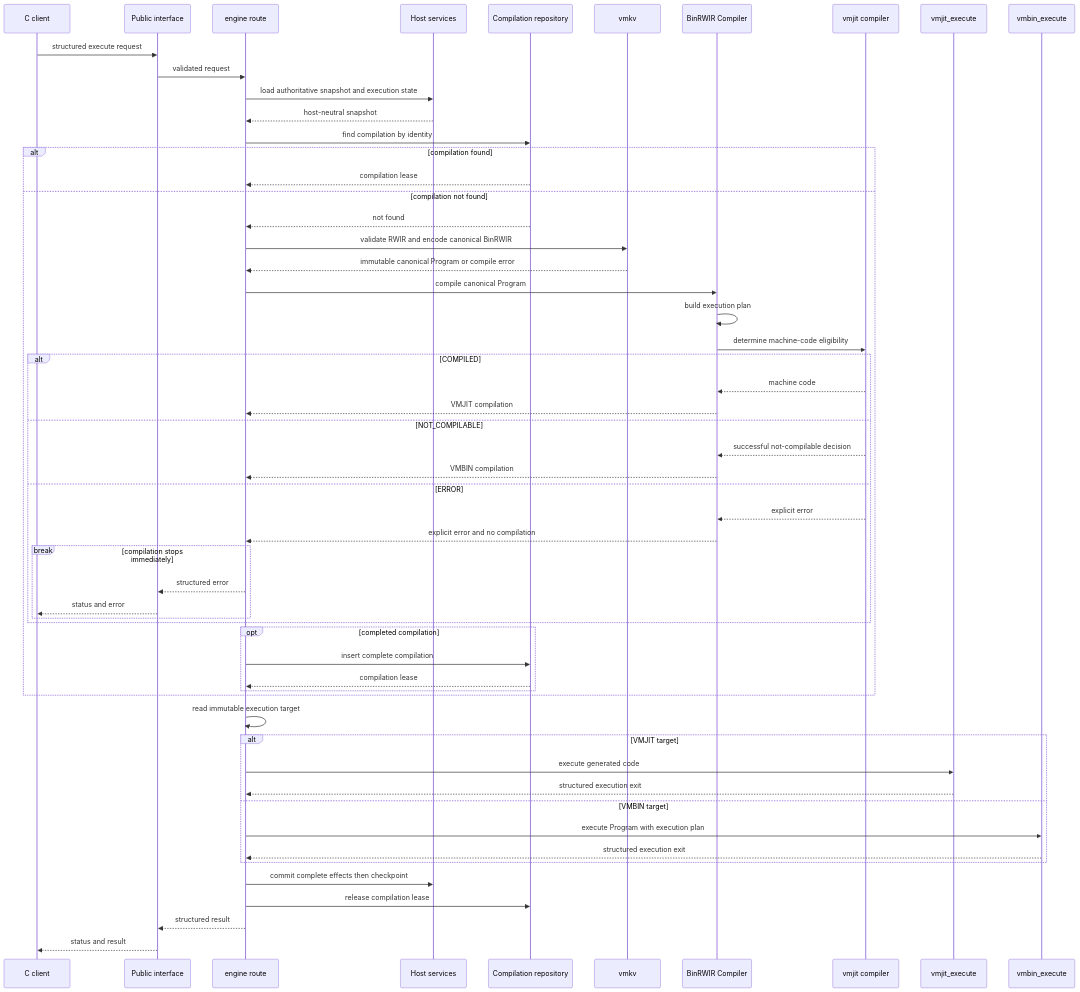
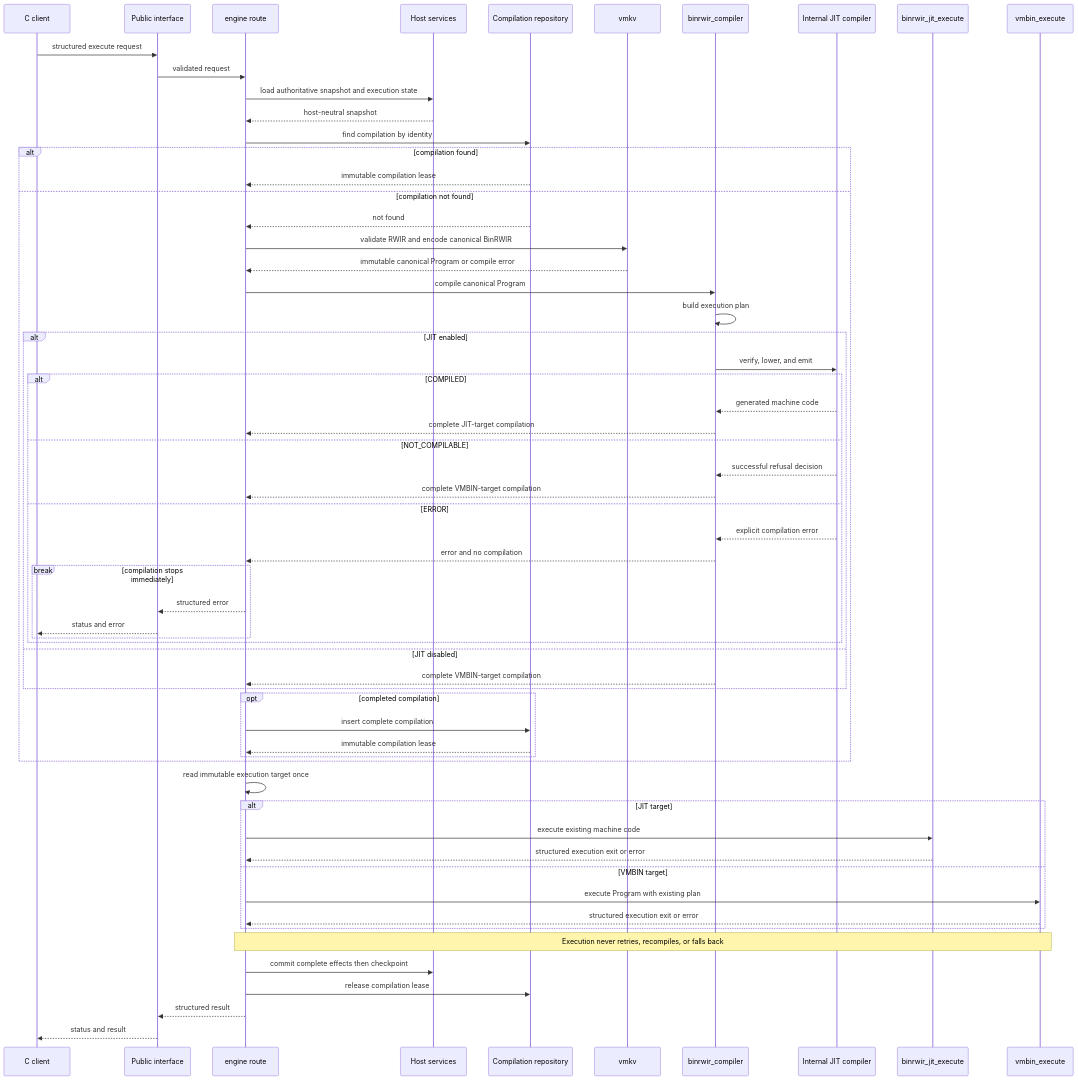
The diagram in runtimec/documentation/architecture/runtimec-execution.mmd (array2d/kvlang), drawn with Mermaid before and after one commit. The commit also changed 84 other files, not shown here.

Commit message:
refactor(runtimec): make JIT internal to BinRWIR compiler

```diff
--- a/runtimec/documentation/architecture/runtimec-execution.mmd
+++ b/runtimec/documentation/architecture/runtimec-execution.mmd
@@ -1,57 +1,62 @@
 sequenceDiagram
   participant Client as C client
   participant Interface as Public interface
   participant Route as engine route
   participant Host as Host services
   participant Repository as Compilation repository
   participant Vmkv as vmkv
-  participant Compiler as BinRWIR Compiler
-  participant VmjitCompiler as vmjit compiler
-  participant VmjitExecute as vmjit_execute
+  participant Compiler as binrwir_compiler
+  participant JitCompiler as Internal JIT compiler
+  participant JitExecute as binrwir_jit_execute
   participant VmbinExecute as vmbin_execute
 
   Client->>Interface: structured execute request
   Interface->>Route: validated request
   Route->>Host: load authoritative snapshot and execution state
   Host-->>Route: host-neutral snapshot
   Route->>Repository: find compilation by identity
   alt compilation found
-    Repository-->>Route: compilation lease
+    Repository-->>Route: immutable compilation lease
   else compilation not found
     Repository-->>Route: not found
     Route->>Vmkv: validate RWIR and encode canonical BinRWIR
     Vmkv-->>Route: immutable canonical Program or compile error
     Route->>Compiler: compile canonical Program
     Compiler->>Compiler: build execution plan
-    Compiler->>VmjitCompiler: determine machine-code eligibility
-    alt COMPILED
-      VmjitCompiler-->>Compiler: machine code
-      Compiler-->>Route: VMJIT compilation
-    else NOT_COMPILABLE
-      VmjitCompiler-->>Compiler: successful not-compilable decision
-      Compiler-->>Route: VMBIN compilation
-    else ERROR
-      VmjitCompiler-->>Compiler: explicit error
-      Compiler-->>Route: explicit error and no compilation
-      break compilation stops immediately
-        Route-->>Interface: structured error
-        Interface-->>Client: status and error
+    alt JIT enabled
+      Compiler->>JitCompiler: verify, lower, and emit
+      alt COMPILED
+        JitCompiler-->>Compiler: generated machine code
+        Compiler-->>Route: complete JIT-target compilation
+      else NOT_COMPILABLE
+        JitCompiler-->>Compiler: successful refusal decision
+        Compiler-->>Route: complete VMBIN-target compilation
+      else ERROR
+        JitCompiler-->>Compiler: explicit compilation error
+        Compiler-->>Route: error and no compilation
+        break compilation stops immediately
+          Route-->>Interface: structured error
+          Interface-->>Client: status and error
+        end
       end
+    else JIT disabled
+      Compiler-->>Route: complete VMBIN-target compilation
     end
     opt completed compilation
       Route->>Repository: insert complete compilation
-      Repository-->>Route: compilation lease
+      Repository-->>Route: immutable compilation lease
     end
   end
-  Route->>Route: read immutable execution target
-  alt VMJIT target
-    Route->>VmjitExecute: execute generated code
-    VmjitExecute-->>Route: structured execution exit
+  Route->>Route: read immutable execution target once
+  alt JIT target
+    Route->>JitExecute: execute existing machine code
+    JitExecute-->>Route: structured execution exit or error
   else VMBIN target
-    Route->>VmbinExecute: execute Program with execution plan
-    VmbinExecute-->>Route: structured execution exit
+    Route->>VmbinExecute: execute Program with existing plan
+    VmbinExecute-->>Route: structured execution exit or error
   end
+  Note over Route,VmbinExecute: Execution never retries, recompiles, or falls back
   Route->>Host: commit complete effects then checkpoint
   Route->>Repository: release compilation lease
   Route-->>Interface: structured result
   Interface-->>Client: status and result
```
